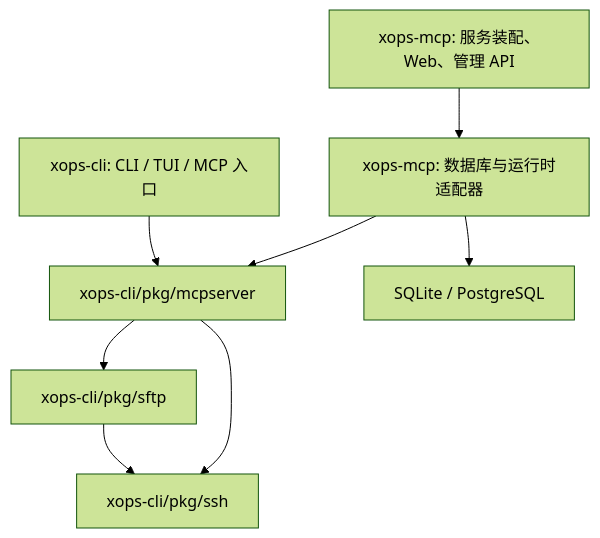
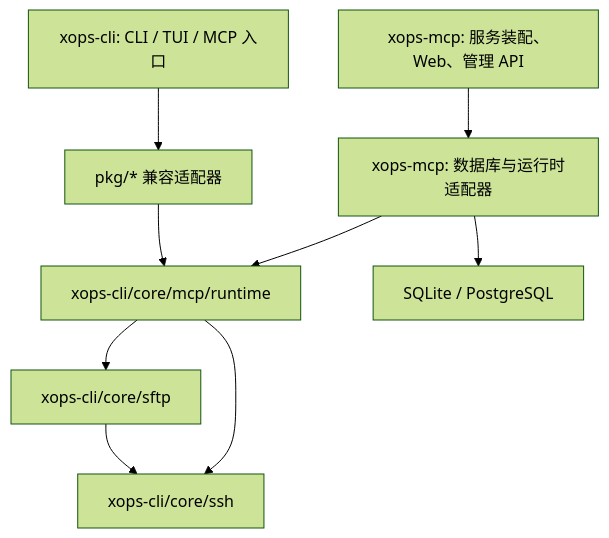
The diagram in docs/architecture.md (wentf9/xops-mcp), drawn with Mermaid (forest theme) before and after one commit. The commit also changed other lines of this file and 15 other files, not shown here.

````diff
--- a/docs/architecture.md
+++ b/docs/architecture.md
@@ -18,10 +17,11 @@
 ```mermaid
 flowchart TD
     Server[xops-mcp: 服务装配、Web、管理 API] --> Adapters[xops-mcp: 数据库与运行时适配器]
-    Adapters --> MCP[xops-cli/pkg/mcpserver]
-    CLI[xops-cli: CLI / TUI / MCP 入口] --> MCP
-    MCP --> SSH[xops-cli/pkg/ssh]
-    MCP --> SFTP[xops-cli/pkg/sftp]
+    Adapters --> MCP[xops-cli/core/mcp/runtime]
+    CLI[xops-cli: CLI / TUI / MCP 入口] --> Facade[pkg/* 兼容适配器]
+    Facade --> MCP
+    MCP --> SSH[xops-cli/core/ssh]
+    MCP --> SFTP[xops-cli/core/sftp]
     SFTP --> SSH
     Adapters --> DB[SQLite / PostgreSQL]
 ```
````
